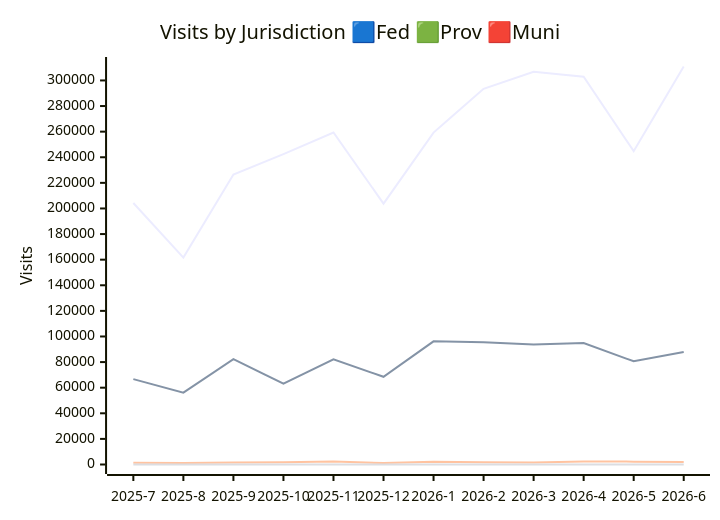
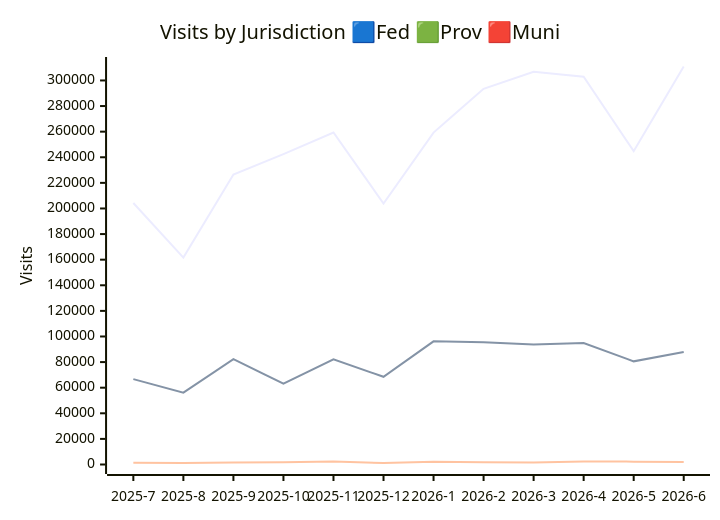
Before and after one commit to open-data/analytics-corporate-reporting: the second of 3 diagrams in JURISDICTION_ANALYTICS_REPORT/readme.md, drawn with Mermaid. The commit also changed other lines of this file and 2 other files, not shown here.

````diff
--- a/JURISDICTION_ANALYTICS_REPORT/readme.md
+++ b/JURISDICTION_ANALYTICS_REPORT/readme.md
@@ -27,11 +26,10 @@
 ```mermaid
 
 xychart-beta
     title "Visits by Jurisdiction 🟦Fed 🟩Prov 🟥Muni"
     x-axis [2025-7, 2025-8, 2025-9, 2025-10, 2025-11, 2025-12, 2026-1, 2026-2, 2026-3, 2026-4, 2026-5, 2026-6]
-    y-axis "Visits" 0 --> 310891
-    line [204262, 161641, 226495, 242472, 259351, 203759, 259270, 293477, 306729, 302914, 244754, 310881]
-    line [66708, 56125, 82254, 63141, 82171, 68508, 96192, 95561, 93812, 94898, 80605, 87842]
+    y-axis "Visits" 0 --> 310898
+    line [204262, 161641, 226495, 242485, 259358, 203786, 259287, 293496, 306750, 302923, 244764, 310888]
+    line [66708, 56125, 82254, 63140, 82168, 68507, 96190, 95559, 93799, 94888, 80579, 87817]
     line [1451, 1187, 1472, 1717, 2282, 1200, 2113, 1718, 1475, 2389, 2241, 2036]
-    line [0, 0, 0, 13, 7, 27, 17, 19, 21, 9, 10, 7]
 ```
````
